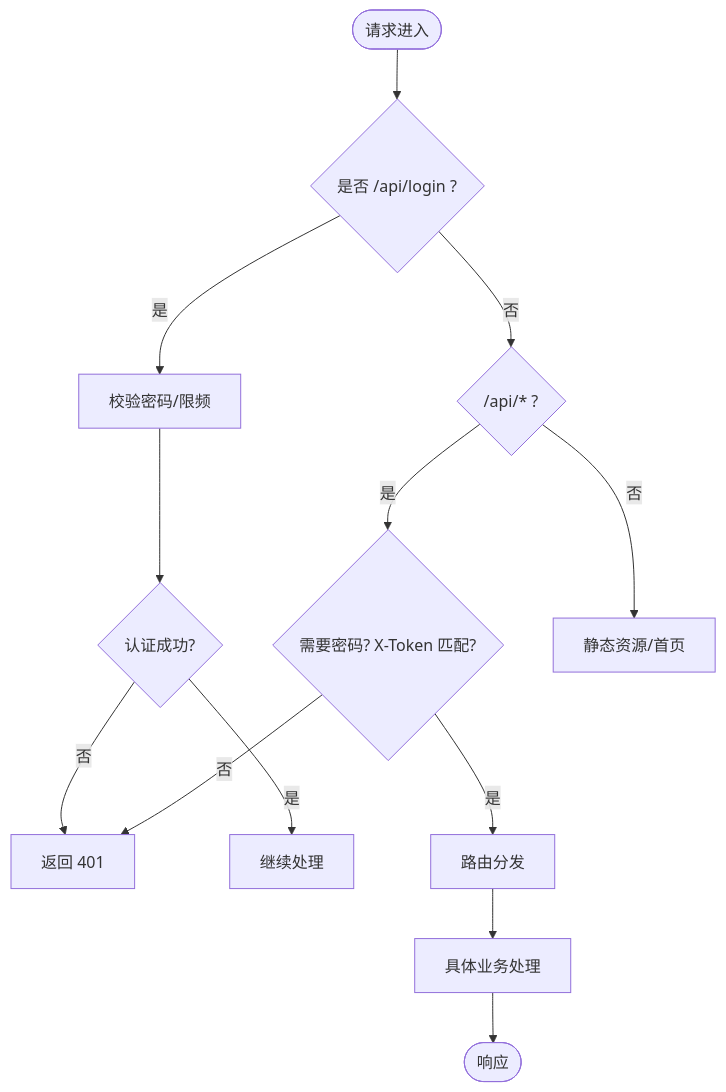
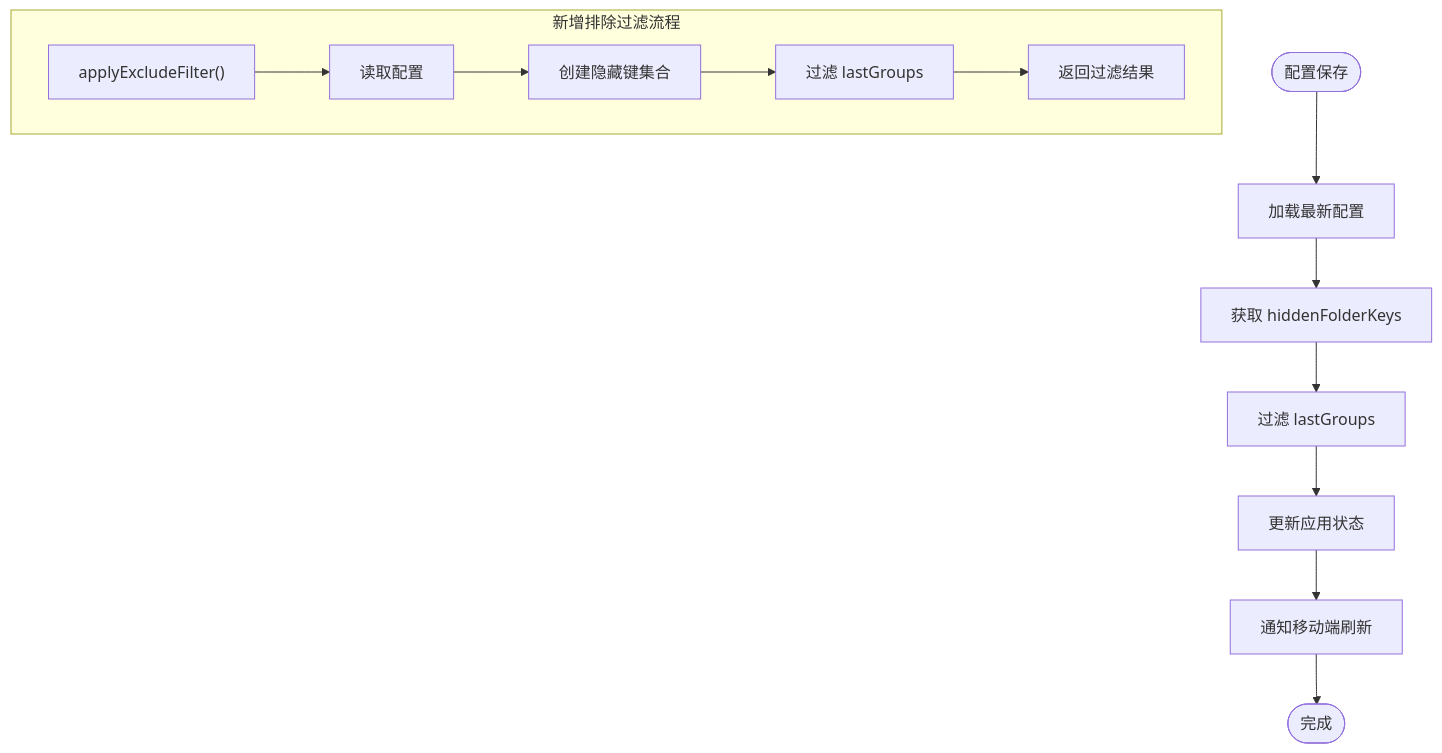
The third of 4 diagrams in .qoder/repowiki/zh/content/架构设计/移动端控制服务器.md (HoarfrostKimi/Video-Merger), drawn with Mermaid before and after one commit. The commit also changed other lines of this file and 43 other files, not shown here.

````diff
--- a/.qoder/repowiki/zh/content/架构设计/移动端控制服务器.md
+++ b/.qoder/repowiki/zh/content/架构设计/移动端控制服务器.md
@@ -164,15 +187,15 @@
 ```mermaid
 flowchart TD
-Start(["请求进入"]) --> CheckAuth{"是否 /api/login ?"}
-CheckAuth --> |是| Login["校验密码/限频"]
-Login --> AuthOK{"认证成功?"}
-AuthOK --> |否| Err401["返回 401"]
-AuthOK --> |是| Next["继续处理"]
-CheckAuth --> |否| CheckApiPrefix{"/api/* ?"}
-CheckApiPrefix --> |是| TokenCheck{"需要密码? X-Token 匹配?"}
-TokenCheck --> |否| Err401
-TokenCheck --> |是| Route["路由分发"]
-CheckApiPrefix --> |否| Static["静态资源/首页"]
-Route --> Handle["具体业务处理"]
-Handle --> End(["响应"])
+Start(["配置保存"]) --> LoadConfig["加载最新配置"]
+LoadConfig --> GetHiddenKeys["获取 hiddenFolderKeys"]
+GetHiddenKeys --> FilterGroups["过滤 lastGroups"]
+FilterGroups --> UpdateState["更新应用状态"]
+UpdateState --> NotifyMobile["通知移动端刷新"]
+NotifyMobile --> End(["完成"])
+subgraph "新增排除过滤流程"
+ApplyFilter["applyExcludeFilter()"] --> ReadConfig["读取配置"]
+ReadConfig --> CreateSet["创建隐藏键集合"]
+CreateSet --> FilterLastGroups["过滤 lastGroups"]
+FilterLastGroups --> Return["返回过滤结果"]
+end
 ```
````
